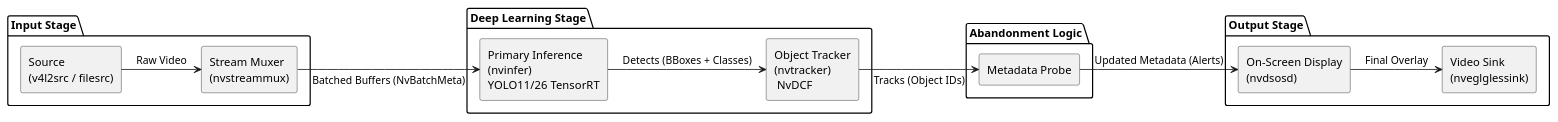
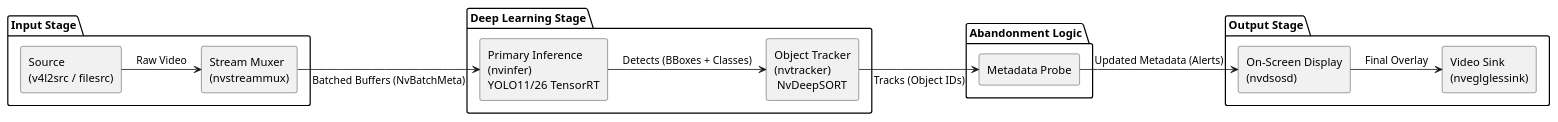
The diagram in doc/figures/plantuml/pipeline.puml (maxnaro/luggage-watch), drawn with PlantUML before and after one commit. The commit also changed 1 other file, not shown here.

Commit message:
Pivots from BoT-SORT to DeepSORT in system design section

```diff
--- a/doc/figures/plantuml/pipeline.puml
+++ b/doc/figures/plantuml/pipeline.puml
@@ -1,31 +1,31 @@
 @startuml pipeline
 
 hide empty description
 skinparam componentStyle rectangle
 
 package "Input Stage" {
     [Source\n(v4l2src / filesrc)] as Source
     [Stream Muxer\n(nvstreammux)] as Muxer
 }
 
 package "Deep Learning Stage" {
     [Primary Inference\n(nvinfer)\nYOLO11/26 TensorRT] as PGIE
-    [Object Tracker\n(nvtracker)\n NvDCF] as Tracker
+    [Object Tracker\n(nvtracker)\n NvDeepSORT] as Tracker
 }
 
 package "Abandonment Logic" {
     [Metadata Probe] as Probe
 }
 
 package "Output Stage" {
     [On-Screen Display\n(nvdsosd)] as OSD
     [Video Sink\n(nveglglessink)] as Sink
 }
 
 Source -> Muxer : Raw Video
 Muxer -> PGIE : Batched Buffers (NvBatchMeta)
 PGIE -> Tracker : Detects (BBoxes + Classes)
 Tracker -> Probe : Tracks (Object IDs)
 Probe -> OSD : Updated Metadata (Alerts)
 OSD -> Sink : Final Overlay
 @enduml
```
